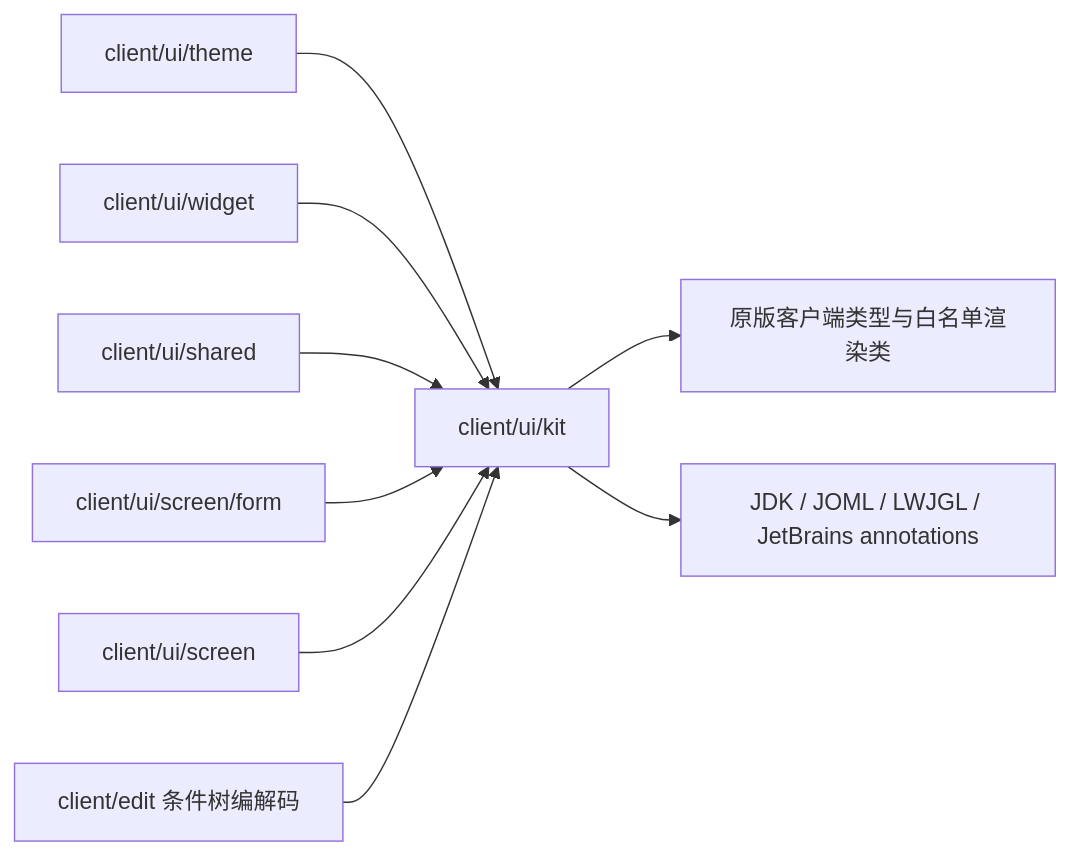
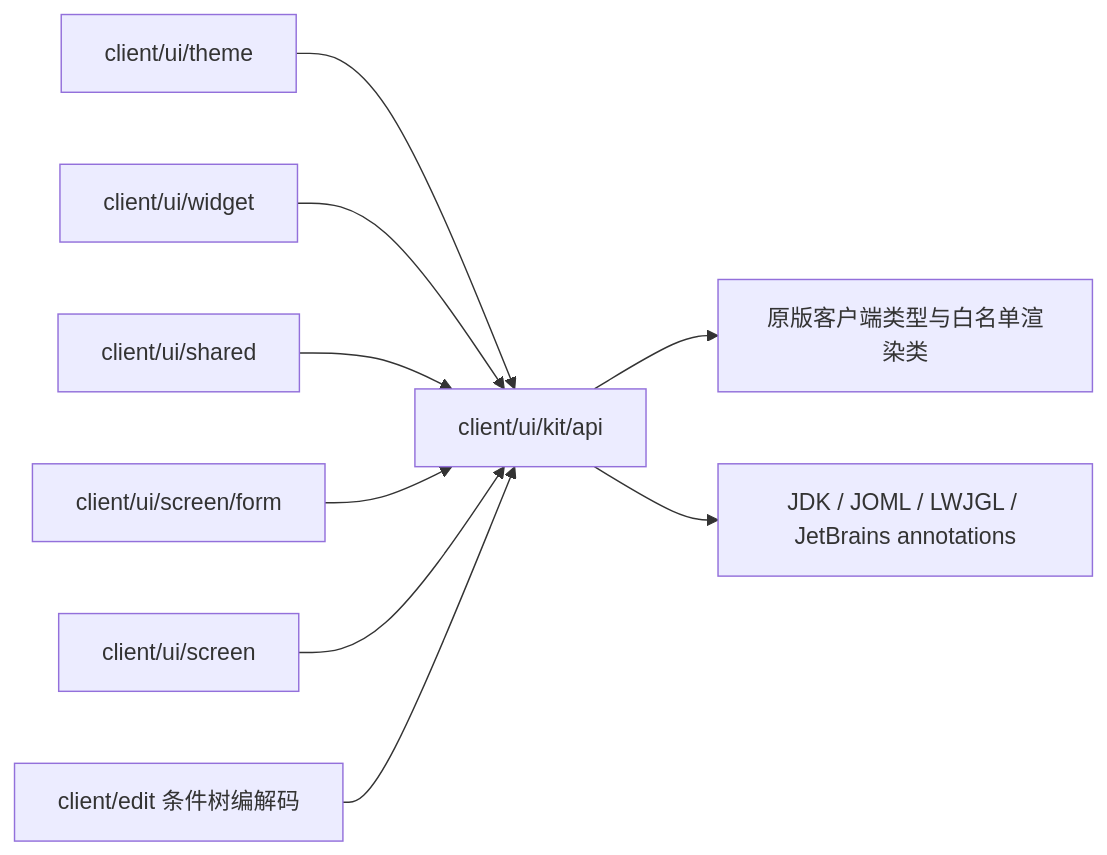
One commit to meteoritel/item-despawn-to-what changed the first of 3 diagrams in docs/modules/ui-kit.md. Above: the diagram before and after it, drawn with Mermaid. The commit also changed other lines of this file and 5 other files, not shown here.

````diff
--- a/docs/modules/ui-kit.md
+++ b/docs/modules/ui-kit.md
@@ -56,20 +62,20 @@
 ```mermaid
 flowchart LR
     MC["原版客户端类型与白名单渲染类"]
     STD["JDK / JOML / LWJGL / JetBrains annotations"]
-    KIT["client/ui/kit"]
+    KIT["client/ui/kit/api"]
     THEME["client/ui/theme"]
     WIDGET["client/ui/widget"]
     SHARED["client/ui/shared"]
     FORM["client/ui/screen/form"]
     SCREEN["client/ui/screen"]
     EDIT["client/edit 条件树编解码"]
     KIT --> MC
     KIT --> STD
     THEME --> KIT
     WIDGET --> KIT
     SHARED --> KIT
     FORM --> KIT
     SCREEN --> KIT
     EDIT --> KIT
 ```
````
